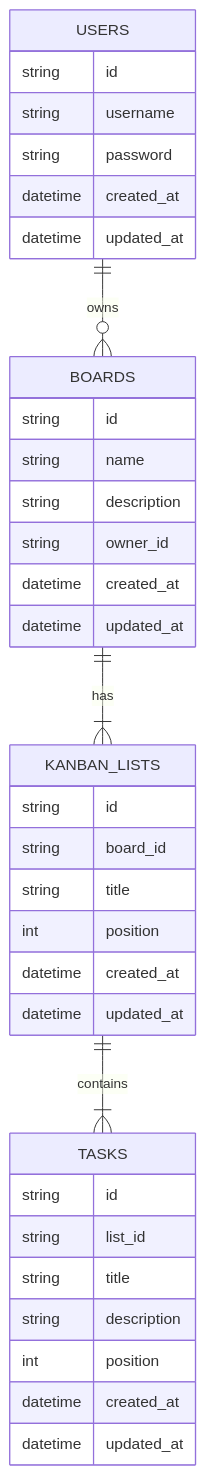
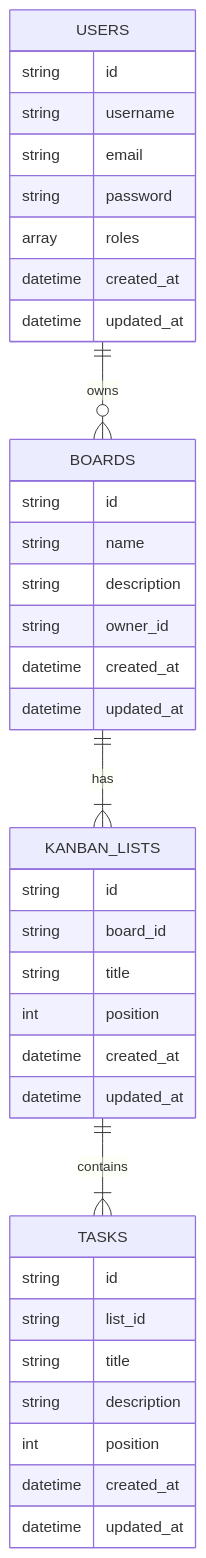
One commit to tidjee-dev/sf-kanban changed the diagram in README.md. Above: the diagram before and after it, drawn with Mermaid. The commit also changed other lines of this file, not shown here.

````diff
--- a/README.md
+++ b/README.md
@@ -87,39 +87,41 @@
 ```mermaid
 erDiagram
     USERS {
       string id
       string username
+      string email
       string password
+      array roles
       datetime created_at
       datetime updated_at
     }
     BOARDS {
       string id
       string name
       string description
       string owner_id
       datetime created_at
       datetime updated_at
     }
     KANBAN_LISTS {
       string id
       string board_id
       string title
       int position
       datetime created_at
       datetime updated_at
     }
     TASKS {
       string id
       string list_id
       string title
       string description
       int position
       datetime created_at
       datetime updated_at
     }
 
     USERS ||--o{ BOARDS : "owns"
     BOARDS ||--|{ KANBAN_LISTS : "has"
     KANBAN_LISTS ||--|{ TASKS : "contains"
 ```
````
